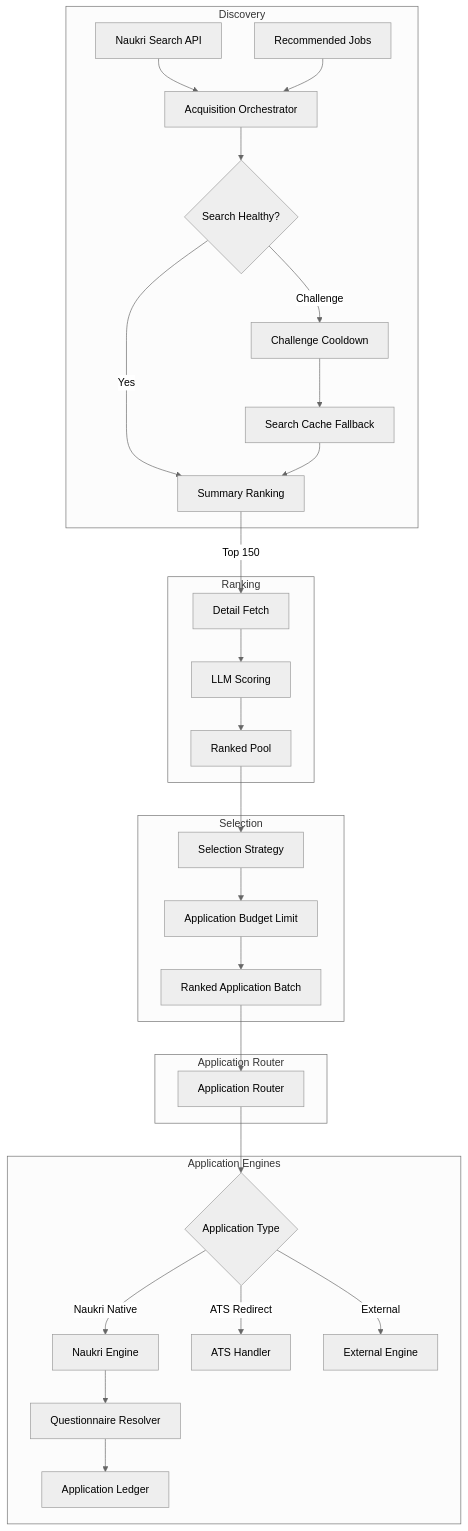
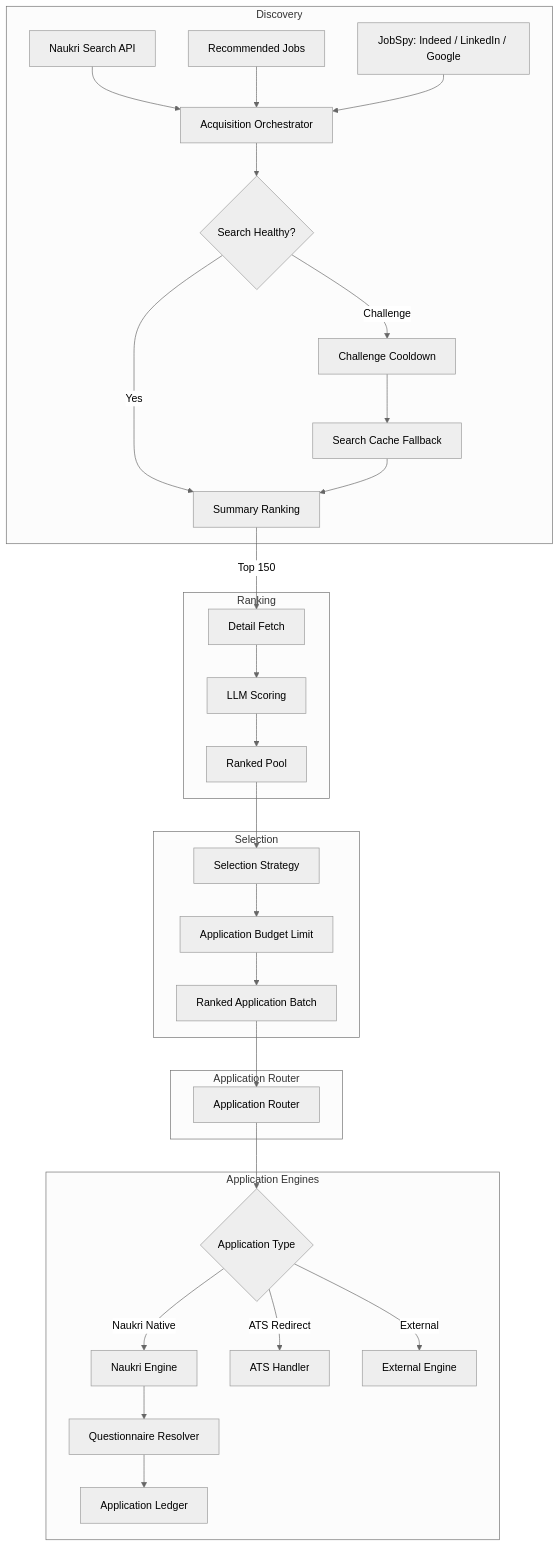
Before and after one commit to areddy1805/career-workflow: the first of 11 diagrams in README.md, drawn with Mermaid (neutral theme). The commit also changed other lines of this file and 17 other files, not shown here.

````diff
--- a/README.md
+++ b/README.md
@@ -266,38 +266,39 @@
 ```mermaid
 flowchart TD
     subgraph Discovery
     S1[Naukri Search API] --> B[Acquisition Orchestrator]
     S2[Recommended Jobs] --> B
+    S3[JobSpy: Indeed / LinkedIn / Google] --> B
     B --> C{Search Healthy?}
     C -->|Yes| SR[Summary Ranking]
     C -->|Challenge| E[Challenge Cooldown]
     E --> F[Search Cache Fallback]
     F --> SR
     end
 
     subgraph Ranking
     SR -->|Top 150| DF[Detail Fetch]
     DF --> D[LLM Scoring]
     D --> G[Ranked Pool]
     end
 
     subgraph Selection
     G --> H[Selection Strategy]
     H --> I[Application Budget Limit]
     I --> J[Ranked Application Batch]
     end
 
     subgraph Application Router
     J --> L[Application Router]
     end
 
     subgraph Application Engines
     L --> M{Application Type}
     M -->|Naukri Native| NAE[Naukri Engine]
     M -->|ATS Redirect| ATS[ATS Handler]
     M -->|External| EXT[External Engine]
     
     NAE --> Q[Questionnaire Resolver]
     Q --> N[Application Ledger]
     end
 ```
````
